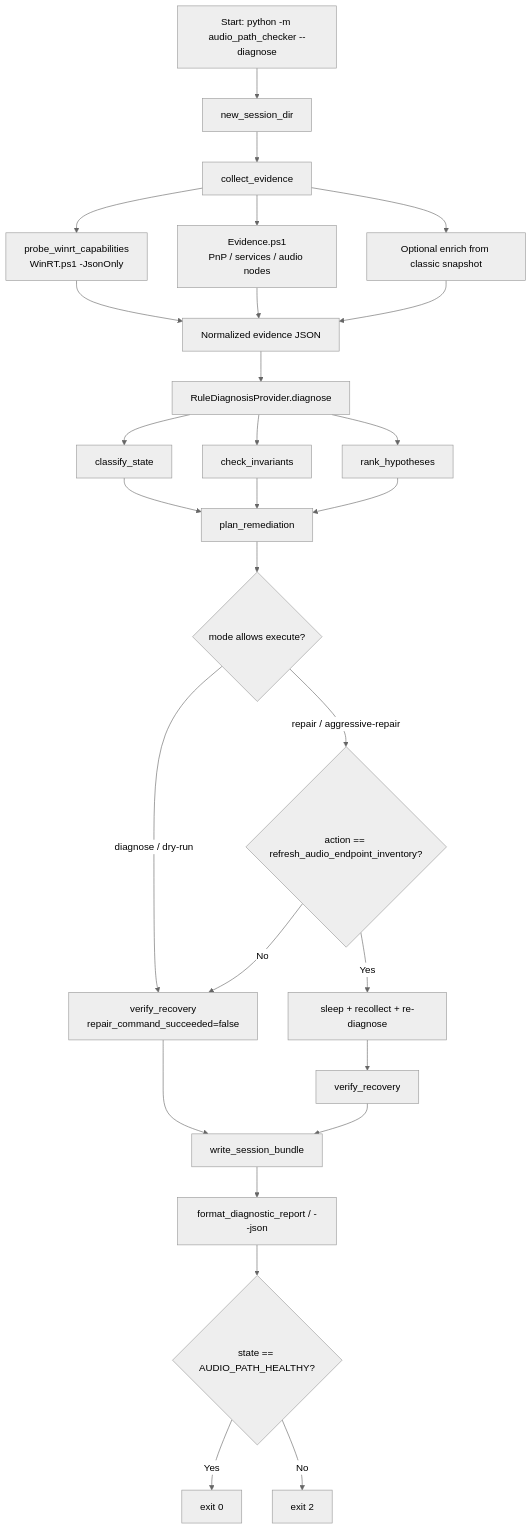
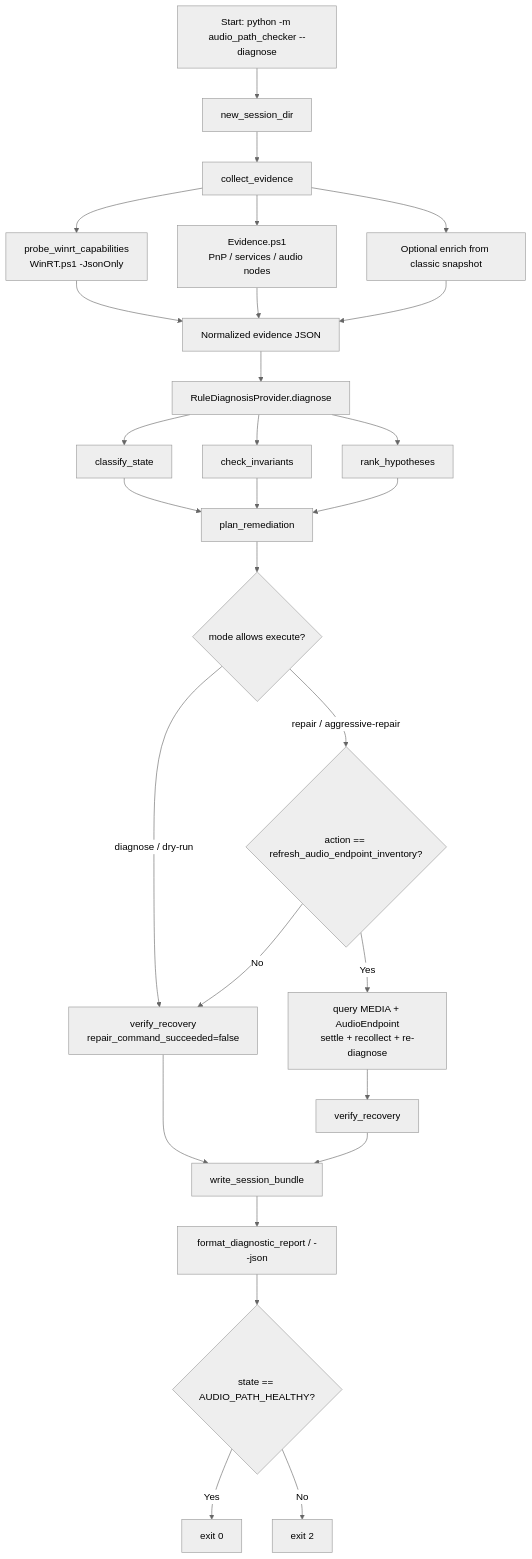
One commit to Kozphy/windows-audio-path-checker changed the second of 7 diagrams in docs/architecture.md. Above: the diagram before and after it, drawn with Mermaid (neutral theme). The commit also changed other lines of this file and 19 other files, not shown here.

````diff
--- a/docs/architecture.md
+++ b/docs/architecture.md
@@ -144,30 +144,30 @@
 ```mermaid
 flowchart TD
   A[Start: python -m audio_path_checker --diagnose] --> B[new_session_dir]
   B --> C[collect_evidence]
   C --> C1[probe_winrt_capabilities<br/>WinRT.ps1 -JsonOnly]
   C --> C2[Evidence.ps1<br/>PnP / services / audio nodes]
   C --> C3[Optional enrich from classic snapshot]
   C1 --> D[Normalized evidence JSON]
   C2 --> D
   C3 --> D
   D --> E[RuleDiagnosisProvider.diagnose]
   E --> E1[classify_state]
   E --> E2[check_invariants]
   E --> E3[rank_hypotheses]
   E1 --> F[plan_remediation]
   E2 --> F
   E3 --> F
   F --> G{mode allows execute?}
   G -->|diagnose / dry-run| H[verify_recovery<br/>repair_command_succeeded=false]
   G -->|repair / aggressive-repair| I{action == refresh_audio_endpoint_inventory?}
-  I -->|Yes| J[sleep + recollect + re-diagnose]
+  I -->|Yes| J[query MEDIA + AudioEndpoint<br/>settle + recollect + re-diagnose]
   I -->|No| H
   J --> K[verify_recovery]
   H --> L[write_session_bundle]
   K --> L
   L --> M[format_diagnostic_report / --json]
   M --> N{state == AUDIO_PATH_HEALTHY?}
   N -->|Yes| O[exit 0]
   N -->|No| P[exit 2]
 ```
````
